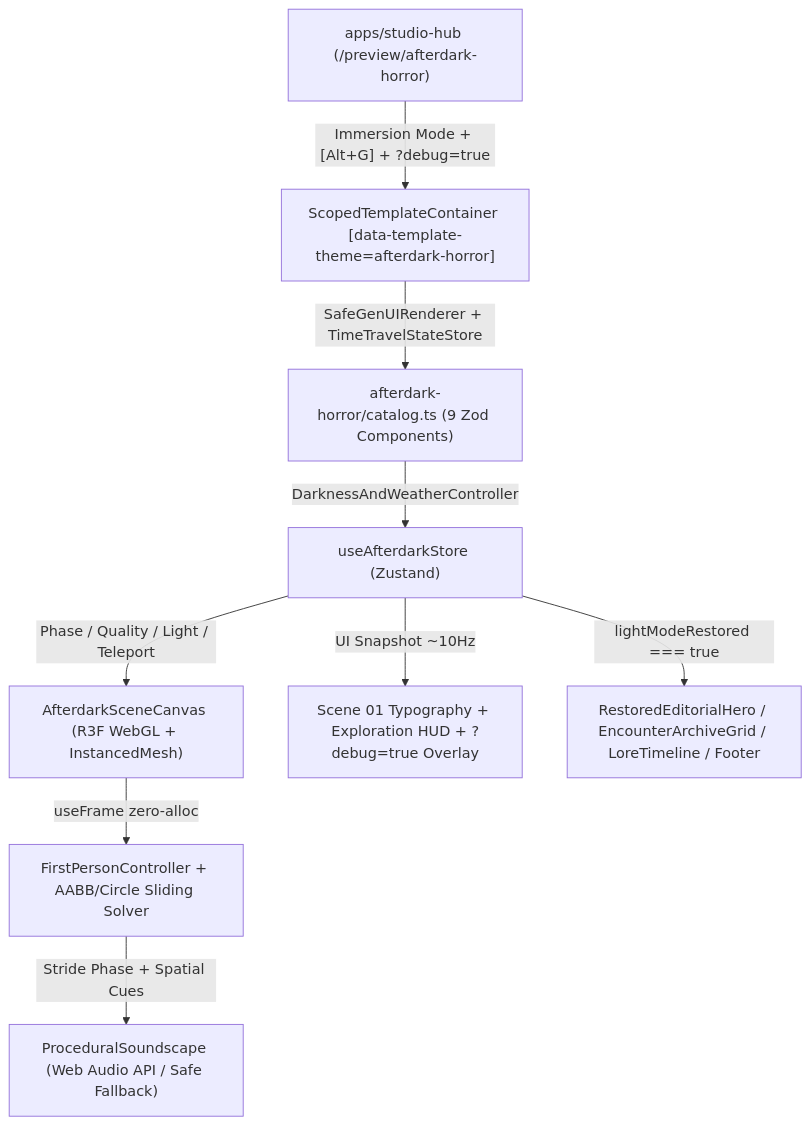
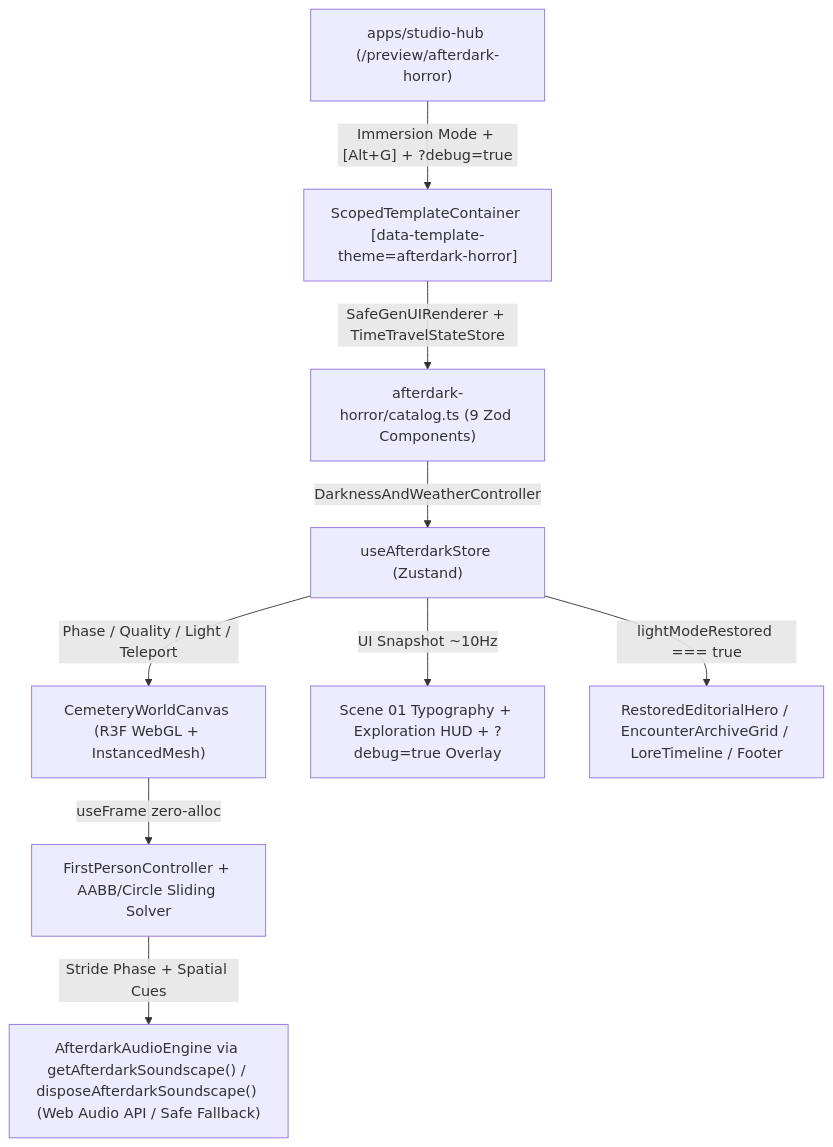
Before and after one commit to NOBA235/GenUI-kit: the diagram in .kiro/specs/afterdark/design.md, drawn with Mermaid. The commit also changed other lines of this file and 20 other files, not shown here.

````diff
--- a/.kiro/specs/afterdark/design.md
+++ b/.kiro/specs/afterdark/design.md
@@ -5,11 +5,11 @@
 ```mermaid
 flowchart TB
   Hub["apps/studio-hub (/preview/afterdark-horror)"] -->|"Immersion Mode + [Alt+G] + ?debug=true"| Container["ScopedTemplateContainer [data-template-theme=afterdark-horror]"]
   Container -->|"SafeGenUIRenderer + TimeTravelStateStore"| Catalog["afterdark-horror/catalog.ts (9 Zod Components)"]
   Catalog -->|"DarknessAndWeatherController"| Store["useAfterdarkStore (Zustand)"]
-  Store -->|"Phase / Quality / Light / Teleport"| R3F["AfterdarkSceneCanvas (R3F WebGL + InstancedMesh)"]
+  Store -->|"Phase / Quality / Light / Teleport"| R3F["CemeteryWorldCanvas (R3F WebGL + InstancedMesh)"]
   R3F -->|"useFrame zero-alloc"| FPS["FirstPersonController + AABB/Circle Sliding Solver"]
-  FPS -->|"Stride Phase + Spatial Cues"| Audio["ProceduralSoundscape (Web Audio API / Safe Fallback)"]
+  FPS -->|"Stride Phase + Spatial Cues"| Audio["AfterdarkAudioEngine via getAfterdarkSoundscape() / disposeAfterdarkSoundscape() (Web Audio API / Safe Fallback)"]
   Store -->|"UI Snapshot ~10Hz"| Overlays["Scene 01 Typography + Exploration HUD + ?debug=true Overlay"]
   Store -->|"lightModeRestored === true"| Editorial["RestoredEditorialHero / EncounterArchiveGrid / LoreTimeline / Footer"]
 ```
````
